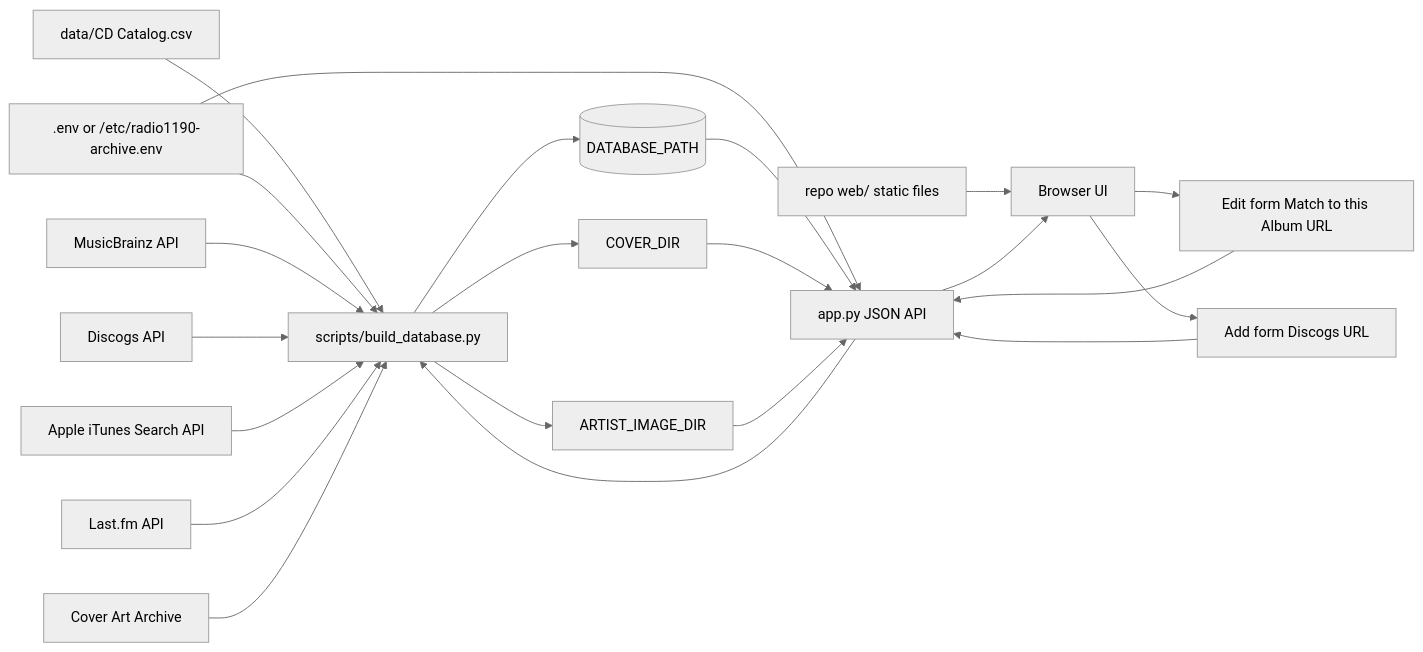
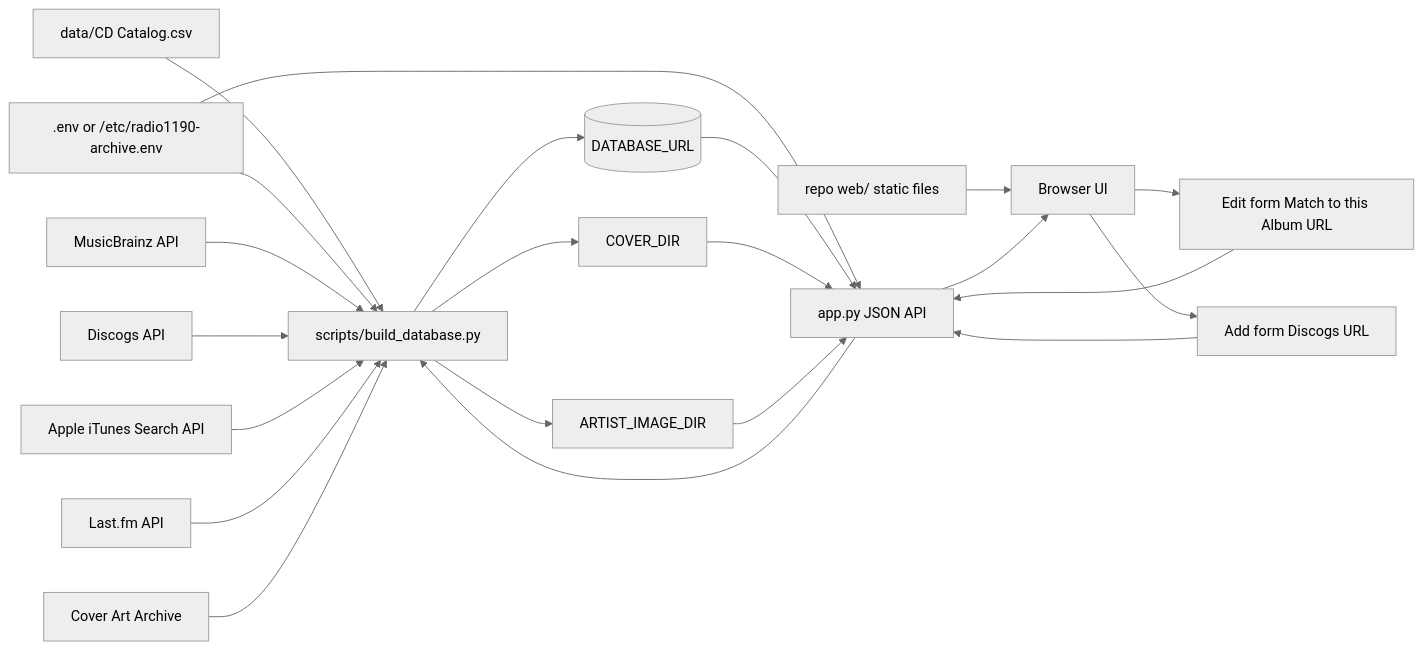
One commit to wirtes/cd-archive changed the second of 2 diagrams in README.md. Above: the diagram before and after it, drawn with Mermaid (neutral theme). The commit also changed other lines of this file and 8 other files, not shown here.

````diff
--- a/README.md
+++ b/README.md
@@ -536,28 +565,28 @@
 ```mermaid
 flowchart LR
     CSV["data/CD Catalog.csv"] --> Builder["scripts/build_database.py"]
     Env[".env or /etc/radio1190-archive.env"] --> Builder
     Env --> App["app.py JSON API"]
 
-    Builder --> DB[("DATABASE_PATH")]
+    Builder --> DB[("DATABASE_URL")]
     Builder --> Covers["COVER_DIR"]
     Builder --> ArtistImages["ARTIST_IMAGE_DIR"]
 
     MusicBrainz["MusicBrainz API"] --> Builder
     Discogs["Discogs API"] --> Builder
     Apple["Apple iTunes Search API"] --> Builder
     LastFM["Last.fm API"] --> Builder
     CoverArchive["Cover Art Archive"] --> Builder
 
     DB --> App
     Covers --> App
     ArtistImages --> App
     Web["repo web/ static files"] --> Browser["Browser UI"]
     App --> Browser
 
     Browser --> ManualURL["Edit form Match to this Album URL"]
     Browser --> AddDiscogs["Add form Discogs URL"]
     ManualURL --> App
     AddDiscogs --> App
     App --> Builder
 ```
````
